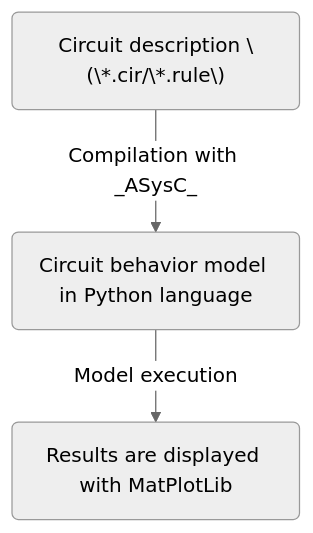
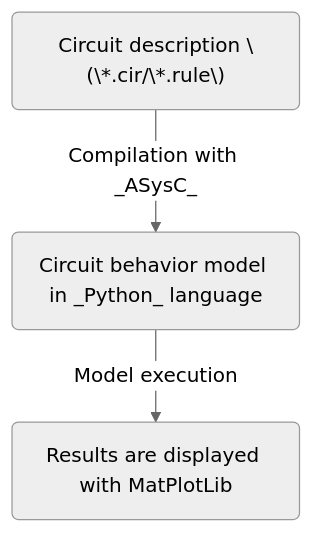
Before and after one commit to analog-system-compiler/asysc: the fifth of 5 diagrams in doc/asysc.adoc, drawn with Mermaid. The commit also changed other lines of this file and 3 other files, not shown here.

```diff
--- a/doc/asysc.adoc
+++ b/doc/asysc.adoc
@@ -308,13 +308,13 @@
 [mermaid]
 ----
 ---
 config:
   theme: neutral
   look: classic
 ---
 flowchart TD
 A("Circuit description \(\*.cir/\*.rule\)")
-B("Circuit behavior model in Python language")
+B("Circuit behavior model in _Python_ language")
 C("Results are displayed with MatPlotLib")
 A -- Compilation with _ASysC_ -->B --Model execution--> C
 ----
```
